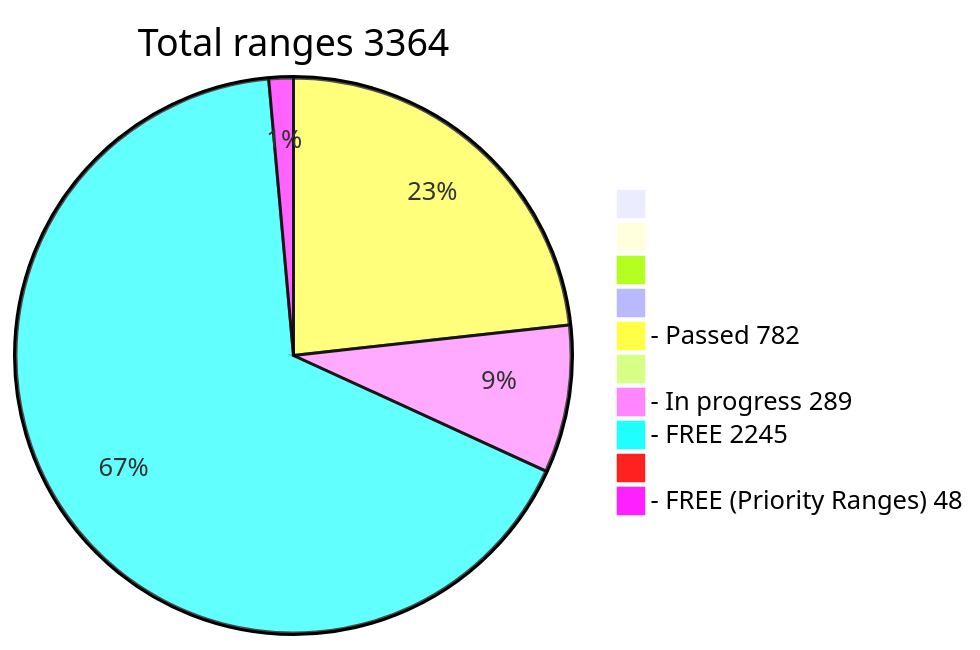
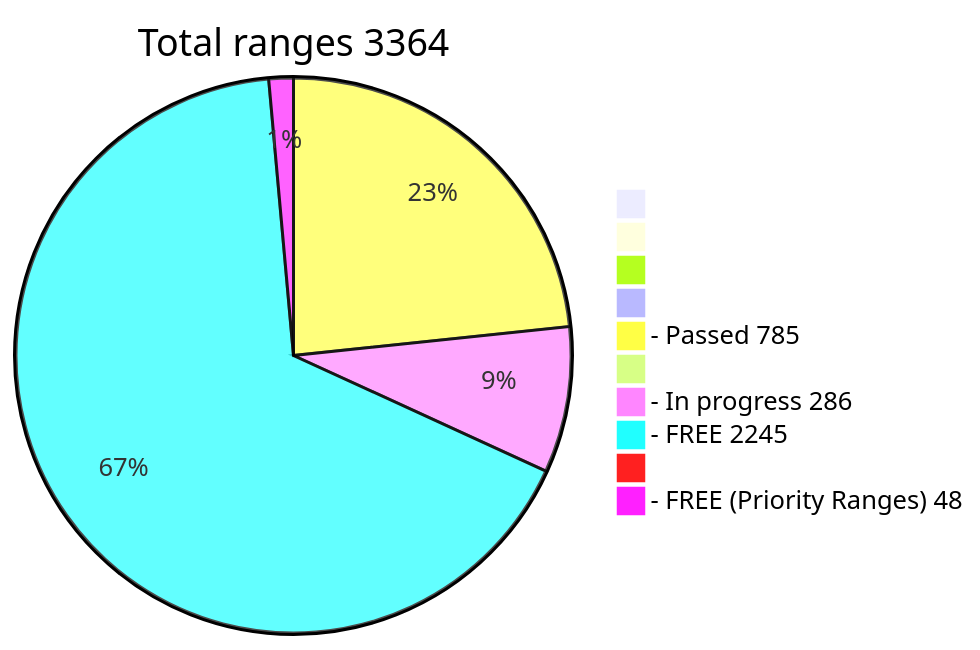
Before and after one commit to phrutis/wif500: the diagram in README.md, drawn with Mermaid.

````diff
--- a/README.md
+++ b/README.md
@@ -16,13 +16,13 @@
 ```mermaid
 pie title Total ranges 3364
              " " : 0
             "  " : 0
            "   " : 0
           "    " : 0
-  "- Passed 782" : 782
+  "- Passed 785" : 785
          "     " : 0
-  "- In progress 289" : 289
+  "- In progress 286" : 286
    "- FREE 2245" : 2245
         "      " : 0
   "- FREE (Priority Ranges) 48" : 48
 ```
````
